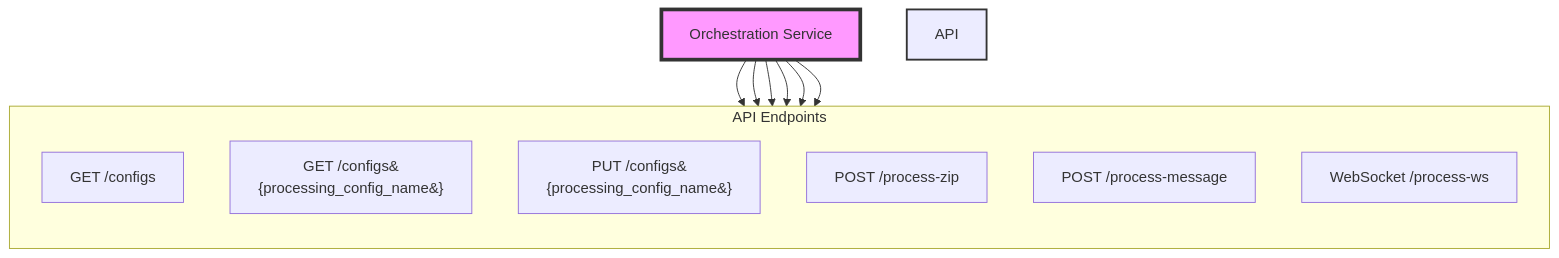
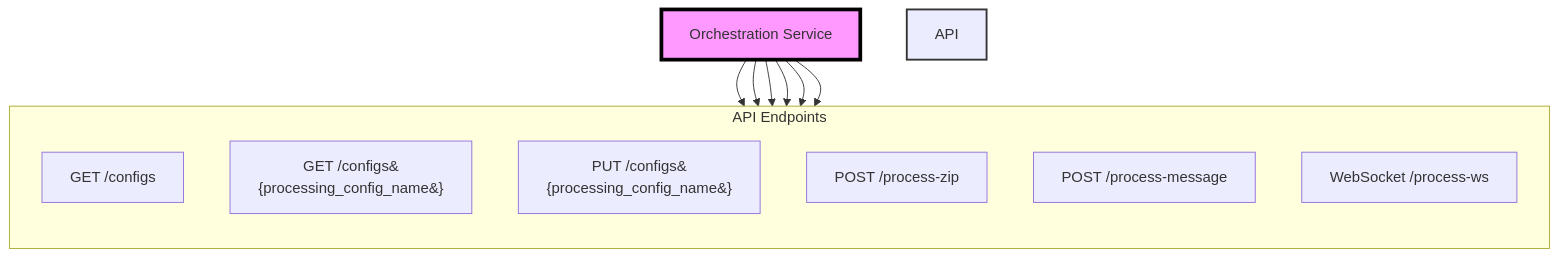
Before and after one commit to CDCgov/phdi: the second of 2 diagrams in containers/orchestration/description.md, drawn with Mermaid. The commit also changed other lines of this file, not shown here.

````diff
--- a/containers/orchestration/description.md
+++ b/containers/orchestration/description.md
@@ -121,24 +121,24 @@
 ```mermaid
 graph TD
     A[Orchestration Service]
 
     subgraph API Endpoints
         direction TB
         M[GET /configs]
         N[GET /configs&#123;processing_config_name&#125;]
         O[PUT /configs&#123;processing_config_name&#125;]
         P[POST /process-zip]
         Q[POST /process-message]
         R[WebSocket /process-ws]
     end
 
     A --> M
     A --> N
     A --> O
     A --> P
     A --> Q
     A --> R
 
-    style A fill:#f9f,stroke:#333,stroke-width:4px
+    style A fill:#f9f,stroke:black,stroke-width:4px
     style API Endpoints fill:#bfb,stroke:#333,stroke-width:2px
 ```
````
